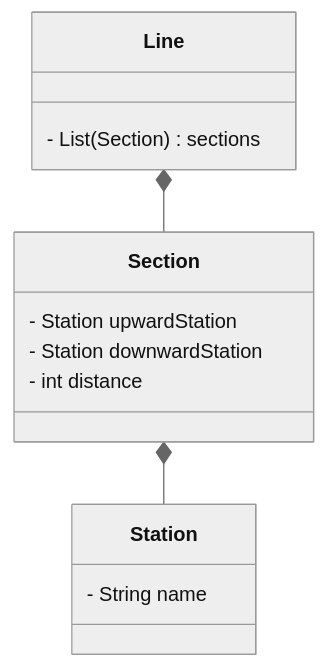
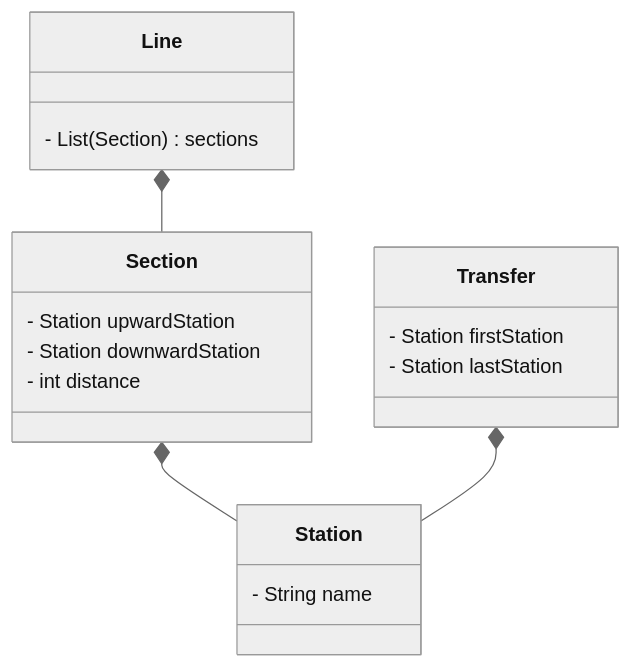
One commit to woowacourse/jwp-subway-path changed the second of 3 diagrams in README.md. Above: the diagram before and after it, drawn with Mermaid (neutral theme). The commit also changed other lines of this file and 5 other files, not shown here.

````diff
--- a/README.md
+++ b/README.md
@@ -23,16 +30,21 @@
 ```mermaid
 classDiagram
     Line *-- Section
     Section *-- Station
+    Transfer *-- Station
     class Line {
         - List(Section) sections
     }
     class Section {
         - Station upwardStation
         - Station downwardStation
         - int distance
     }
     class Station {
         - String name
     }
+    class Transfer {
+        - Station firstStation
+        - Station lastStation
+    }
 ```
````
